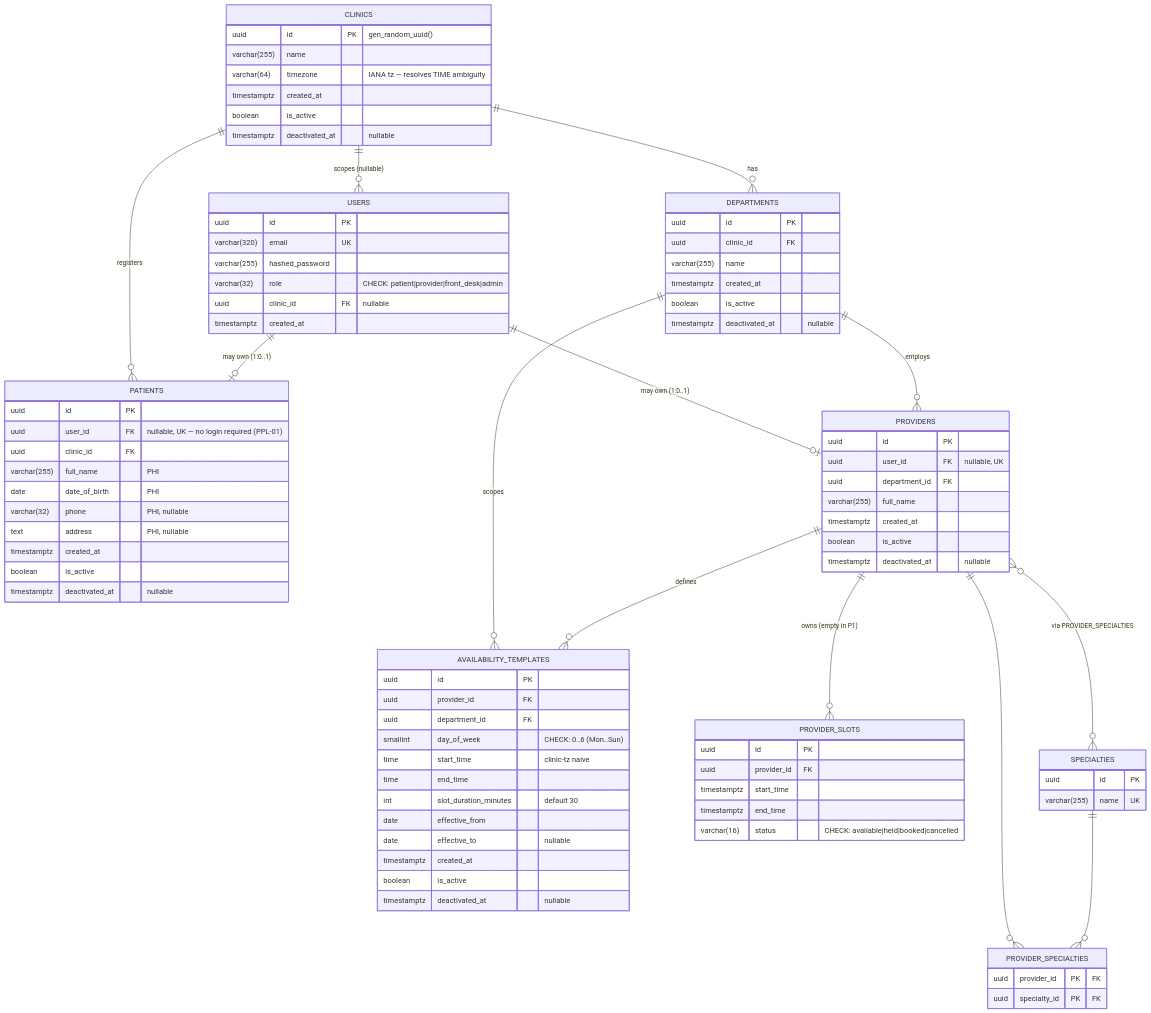
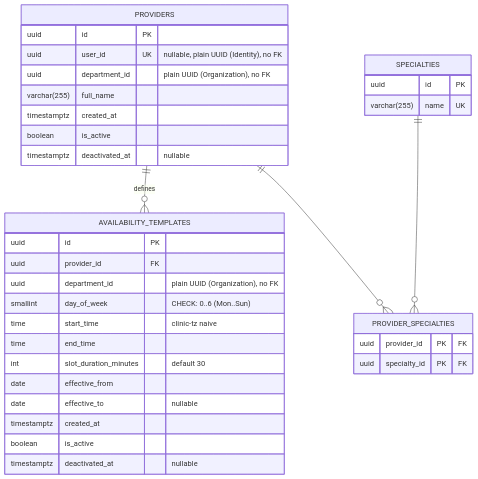
The third of 6 diagrams in docs/erd.md (umarEmumba/smarthealth), drawn with Mermaid before and after one commit. The commit also changed other lines of this file and 1 other file, not shown here.

````diff
--- a/docs/erd.md
+++ b/docs/erd.md
@@ -10,82 +64,30 @@
 ```mermaid
 erDiagram
-    CLINICS ||--o{ DEPARTMENTS : "has"
-    CLINICS ||--o{ USERS : "scopes (nullable)"
-    CLINICS ||--o{ PATIENTS : "registers"
-    USERS ||--o| PATIENTS : "may own (1:0..1)"
-    USERS ||--o| PROVIDERS : "may own (1:0..1)"
-    DEPARTMENTS ||--o{ PROVIDERS : "employs"
-    DEPARTMENTS ||--o{ AVAILABILITY_TEMPLATES : "scopes"
     PROVIDERS ||--o{ AVAILABILITY_TEMPLATES : "defines"
-    PROVIDERS ||--o{ PROVIDER_SLOTS : "owns (empty in P1)"
-    PROVIDERS }o--o{ SPECIALTIES : "via PROVIDER_SPECIALTIES"
     PROVIDERS ||--o{ PROVIDER_SPECIALTIES : ""
     SPECIALTIES ||--o{ PROVIDER_SPECIALTIES : ""
 
-    CLINICS {
-        uuid id PK "gen_random_uuid()"
-        varchar(255) name
-        varchar(64) timezone "IANA tz — resolves TIME ambiguity"
-        timestamptz created_at
-        boolean is_active
-        timestamptz deactivated_at "nullable"
-    }
-
-    DEPARTMENTS {
-        uuid id PK
-        uuid clinic_id FK
-        varchar(255) name
-        timestamptz created_at
-        boolean is_active
-        timestamptz deactivated_at "nullable"
-    }
-
-    USERS {
-        uuid id PK
-        varchar(320) email UK
-        varchar(255) hashed_password
-        varchar(32) role "CHECK: patient|provider|front_desk|admin"
-        uuid clinic_id FK "nullable"
-        timestamptz created_at
-    }
-
-    PATIENTS {
-        uuid id PK
-        uuid user_id FK "nullable, UK — no login required (PPL-01)"
-        uuid clinic_id FK
-        varchar(255) full_name "PHI"
-        date date_of_birth "PHI"
-        varchar(32) phone "PHI, nullable"
-        text address "PHI, nullable"
-        timestamptz created_at
-        boolean is_active
-        timestamptz deactivated_at "nullable"
-    }
-
     PROVIDERS {
         uuid id PK
-        uuid user_id FK "nullable, UK"
-        uuid department_id FK
+        uuid user_id UK "nullable, plain UUID (Identity), no FK"
+        uuid department_id "plain UUID (Organization), no FK"
         varchar(255) full_name
         timestamptz created_at
         boolean is_active
         timestamptz deactivated_at "nullable"
     }
-
     SPECIALTIES {
         uuid id PK
         varchar(255) name UK
     }
-
     PROVIDER_SPECIALTIES {
         uuid provider_id PK "FK"
         uuid specialty_id PK "FK"
     }
-
     AVAILABILITY_TEMPLATES {
         uuid id PK
         uuid provider_id FK
-        uuid department_id FK
+        uuid department_id "plain UUID (Organization), no FK"
         smallint day_of_week "CHECK: 0..6 (Mon..Sun)"
         time start_time "clinic-tz naive"
         time end_time
@@ -96,12 +98,4 @@
         boolean is_active
         timestamptz deactivated_at "nullable"
     }
-
-    PROVIDER_SLOTS {
-        uuid id PK
-        uuid provider_id FK
-        timestamptz start_time
-        timestamptz end_time
-        varchar(16) status "CHECK: available|held|booked|cancelled"
-    }
 ```
````
